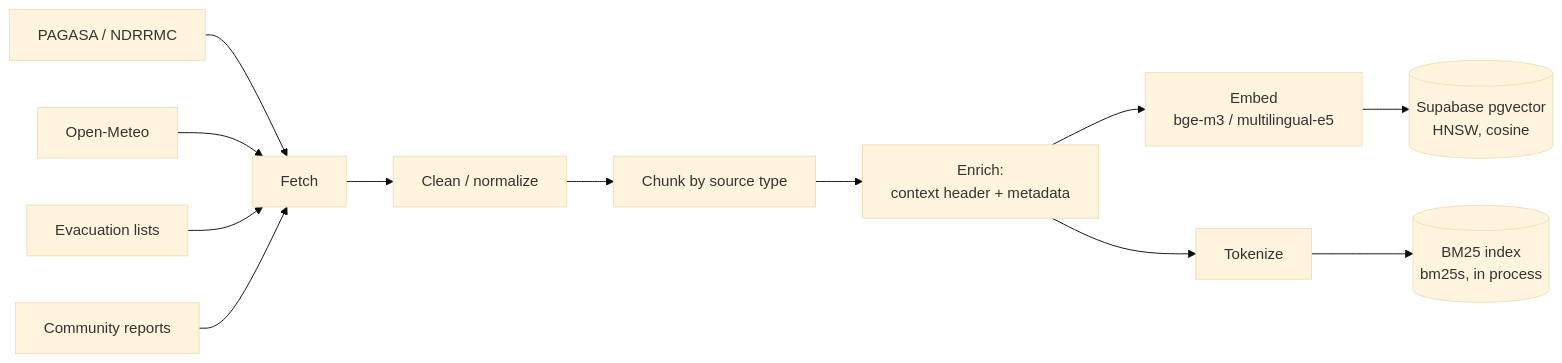
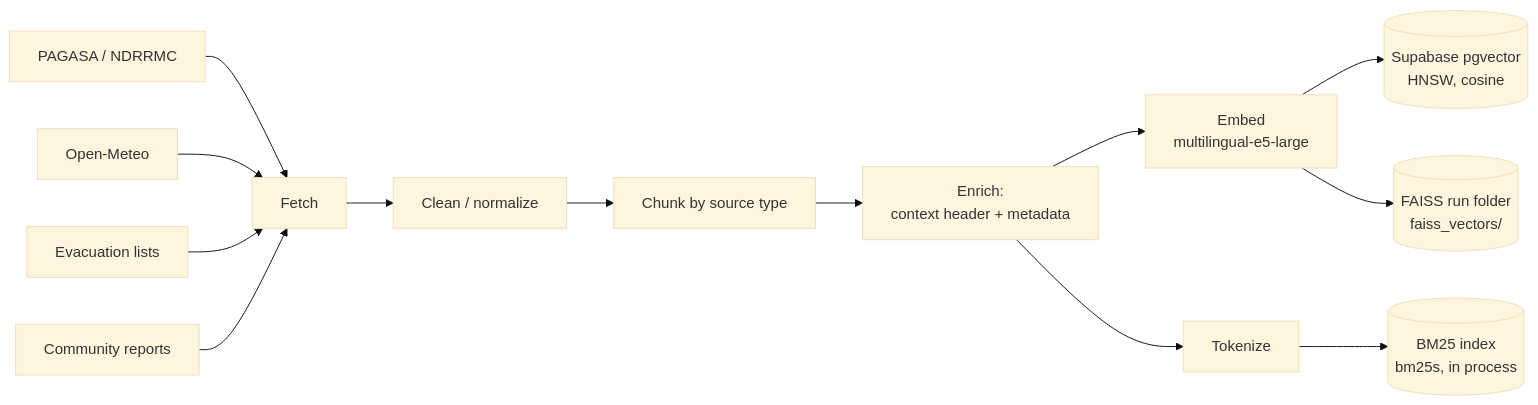
One commit to kennethmedes28/AI-Mihan changed the second of 9 diagrams in docs/ingestion_details.md. Above: the diagram before and after it, drawn with Mermaid (base theme). The commit also changed other lines of this file and 18 other files, not shown here.

````diff
--- a/docs/ingestion_details.md
+++ b/docs/ingestion_details.md
@@ -80,14 +89,15 @@
 ```mermaid
 flowchart LR
     S1[PAGASA / NDRRMC] --> F
     S2[Open-Meteo] --> F
     S3[Evacuation lists] --> F
     S4[Community reports] --> F
     F[Fetch] --> N[Clean / normalize]
     N --> CH[Chunk by source type]
     CH --> EN[Enrich:<br/>context header + metadata]
-    EN --> EM[Embed<br/>bge-m3 / multilingual-e5]
+    EN --> EM[Embed<br/>multilingual-e5-large]
     EN --> BI[Tokenize]
     EM --> PG[(Supabase pgvector<br/>HNSW, cosine)]
+    EM --> FX[(FAISS run folder<br/>faiss_vectors/)]
     BI --> BM[(BM25 index<br/>bm25s, in process)]
 ```
````
